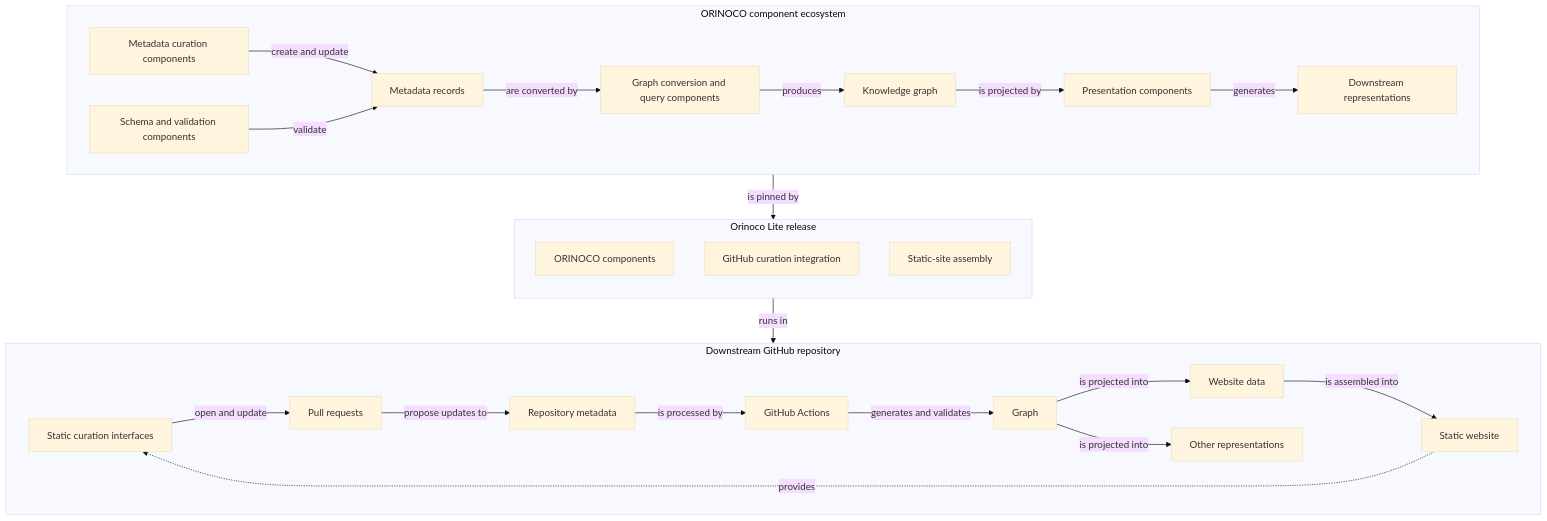
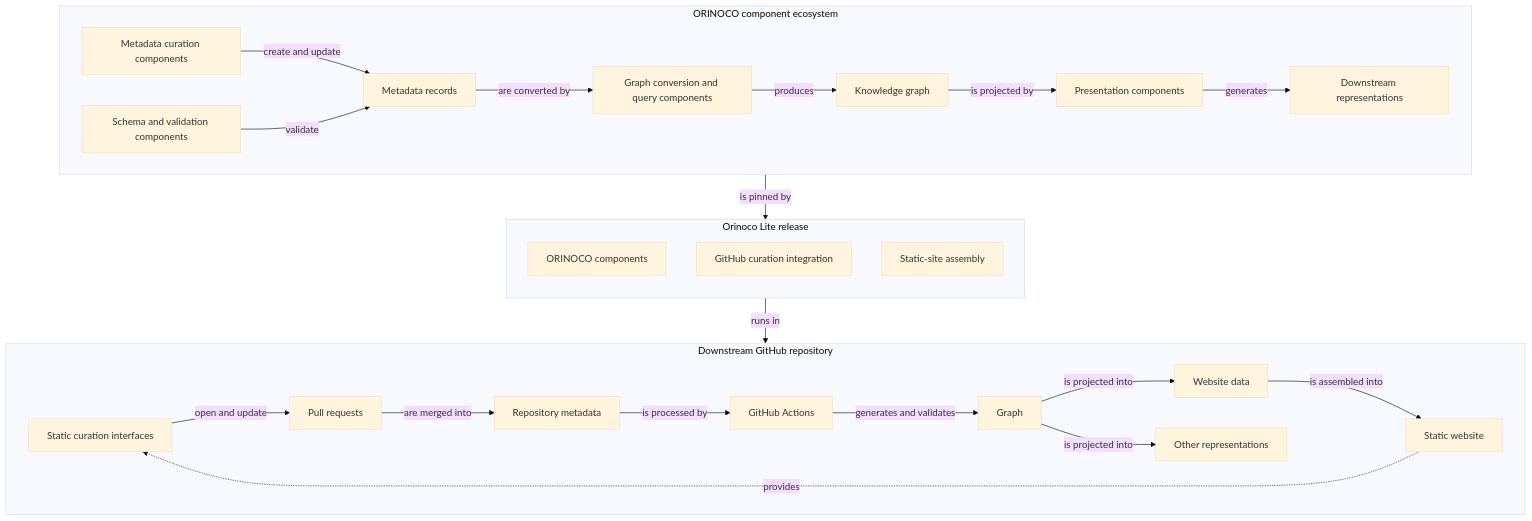
The first of 2 diagrams in docs/project-design.md (ORINOCO-Lite/orinoco-lite-dev), drawn with Mermaid (base theme) before and after one commit. The commit also changed other lines of this file and 3 other files, not shown here.

First line of the commit message:
tidy agent instructions and design charter

````diff
--- a/docs/project-design.md
+++ b/docs/project-design.md
@@ -65,52 +69,52 @@
 ```mermaid
 flowchart TB
   subgraph orinoco["ORINOCO component ecosystem"]
     direction LR
     curation["Metadata curation components"]
     schema["Schema and validation components"]
     conversion["Graph conversion and query components"]
     presentation["Presentation components"]
     records["Metadata records"]
     knowledge_graph["Knowledge graph"]
     representations["Downstream representations"]
 
     curation -->|"create and update"| records
     schema -->|"validate"| records
     records -->|"are converted by"| conversion
     conversion -->|"produces"| knowledge_graph
     knowledge_graph -->|"is projected by"| presentation
     presentation -->|"generates"| representations
   end
 
   subgraph release["Orinoco Lite release"]
     direction TB
     components["ORINOCO components"]
     curation_integration["GitHub curation integration"]
     site_assembly["Static-site assembly"]
   end
 
   orinoco -->|"is pinned by"| release
 
   subgraph downstream["Downstream GitHub repository"]
     direction LR
     interfaces["Static curation interfaces"]
     pull_request["Pull requests"]
     metadata["Repository metadata"]
     actions["GitHub Actions"]
     built_graph["Graph"]
     website_data["Website data"]
     other_outputs["Other representations"]
     site["Static website"]
 
     interfaces -->|"open and update"| pull_request
-    pull_request -->|"propose updates to"| metadata
+    pull_request -->|"are merged into"| metadata
     metadata -->|"is processed by"| actions
     actions -->|"generates and validates"| built_graph
     built_graph -->|"is projected into"| website_data
     built_graph -->|"is projected into"| other_outputs
     website_data -->|"is assembled into"| site
     site -.->|"provides"| interfaces
   end
 
   release -->|"runs in"| actions
 ```
````
